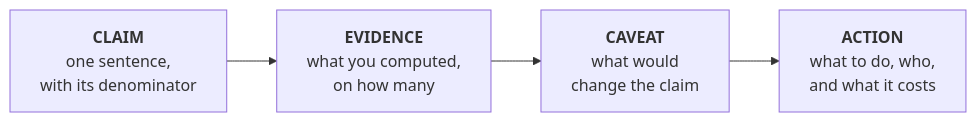
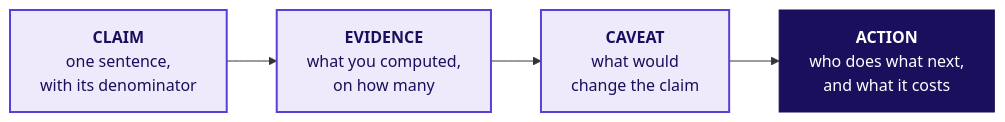
The fourth of 15 diagrams in content/W03/SAT/slides/C2_W03_SAT_presentation_format_STUDENT.md (fde-academy-lab/c2-content-factory), drawn with Mermaid before and after one commit. The commit also changed other lines of this file and 2 other files, not shown here.

````diff
--- a/content/W03/SAT/slides/C2_W03_SAT_presentation_format_STUDENT.md
+++ b/content/W03/SAT/slides/C2_W03_SAT_presentation_format_STUDENT.md
@@ -108,6 +219,10 @@
 ```mermaid
 flowchart LR
     A["<b>CLAIM</b><br/>one sentence,<br/>with its denominator"] --> B["<b>EVIDENCE</b><br/>what you computed,<br/>on how many"]
     B --> C["<b>CAVEAT</b><br/>what would<br/>change the claim"]
-    C --> D["<b>ACTION</b><br/>what to do, who,<br/>and what it costs"]
+    C --> D["<b>ACTION</b><br/>who does what next,<br/>and what it costs"]
+    classDef known fill:#EEEAFB,stroke:#5B3FD6,color:#1A0F5C,stroke-width:2px
+    classDef bet fill:#1A0F5C,stroke:#1A0F5C,color:#FFFFFF
+    class A,B,C known
+    class D bet
 ```
````
